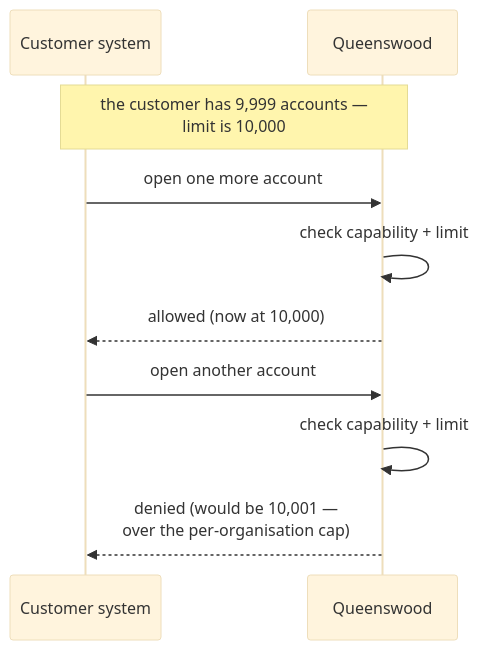
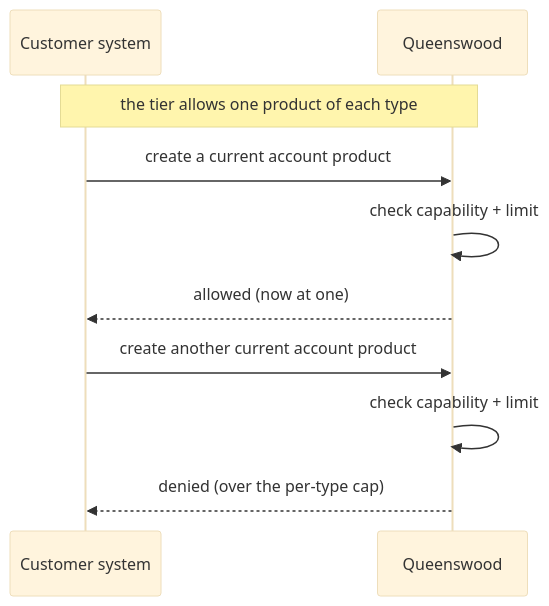
One commit to repldriven/queenswood changed the second of 5 diagrams in docs/prd/policies.md. Above: the diagram before and after it, drawn with Mermaid (base theme). The commit also changed other lines of this file and 12 other files, not shown here.

First line of the commit message:
Prove the policies PRD's journeys, and project product responses onto their schema (#791)

````diff
--- a/docs/prd/policies.md
+++ b/docs/prd/policies.md
@@ -282,13 +282,13 @@
 ```mermaid
 sequenceDiagram
     participant T as Customer system
     participant Q as Queenswood
 
-    Note over T,Q: the customer has 9,999 accounts —<br/>limit is 10,000
-    T->>Q: open one more account
+    Note over T,Q: the tier allows one product of each type
+    T->>Q: create a current account product
     Q->>Q: check capability + limit
-    Q-->>T: allowed (now at 10,000)
-    T->>Q: open another account
+    Q-->>T: allowed (now at one)
+    T->>Q: create another current account product
     Q->>Q: check capability + limit
-    Q-->>T: denied (would be 10,001 —<br/>over the per-organisation cap)
+    Q-->>T: denied (over the per-type cap)
 ```
````
